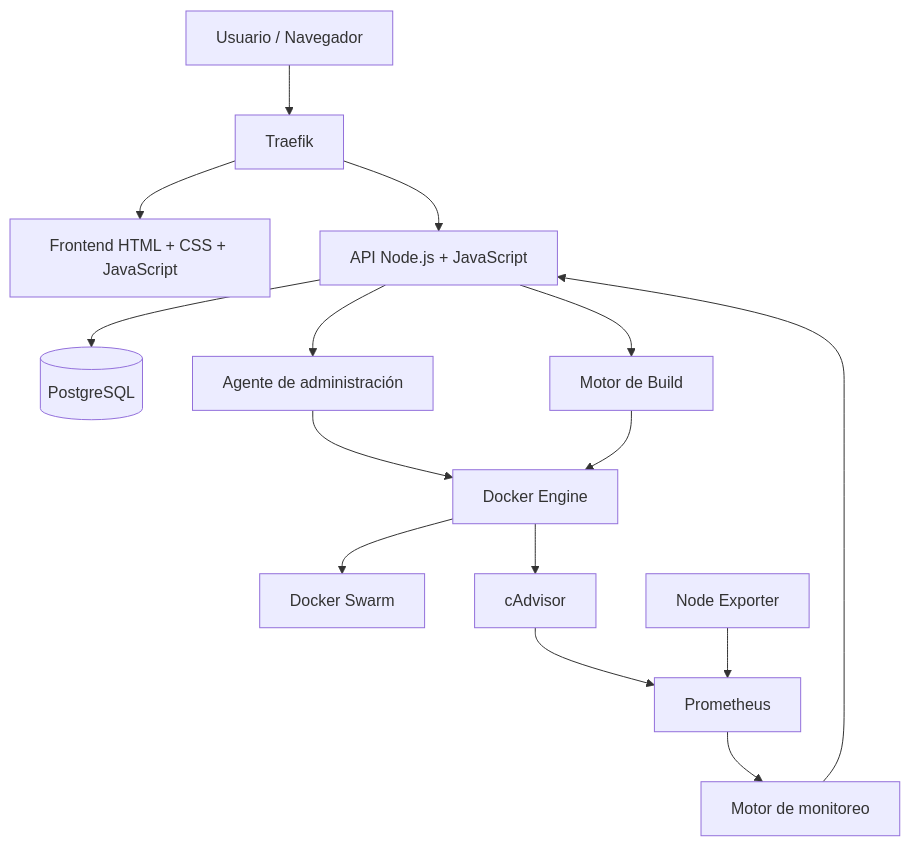
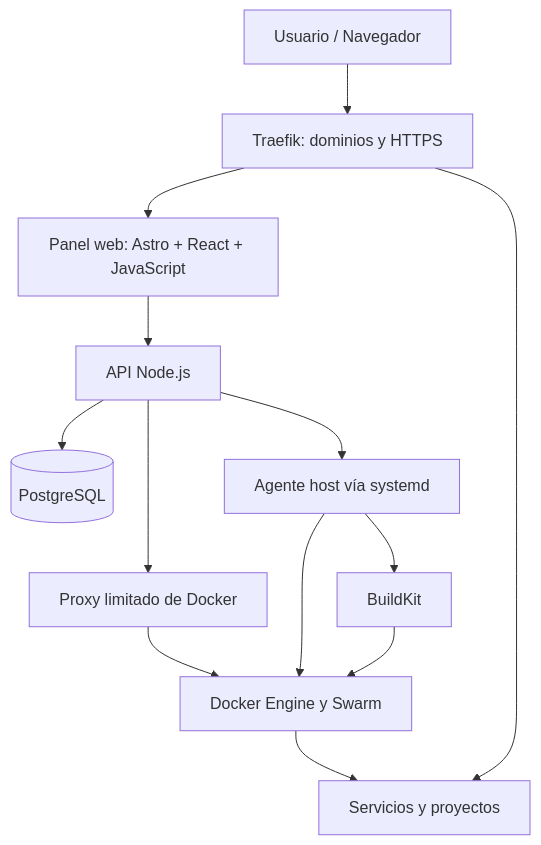
One commit to self-david/baco-vps-visor changed the diagram in readme.md. Above: the diagram before and after it, drawn with Mermaid. The commit also changed other lines of this file and 40 other files, not shown here.

````diff
--- a/readme.md
+++ b/readme.md
@@ -56,31 +131,23 @@
 ```mermaid
 flowchart TD
     U[Usuario / Navegador]
-    G[Traefik]
-    F[Frontend HTML + CSS + JavaScript]
-    A[API Node.js + JavaScript]
+    T[Traefik: dominios y HTTPS]
+    P[Panel web: Astro + React + JavaScript]
+    API[API Node.js]
     DB[(PostgreSQL)]
-    AG[Agente de administración]
-    D[Docker Engine]
-    S[Docker Swarm]
-    B[Motor de Build]
-    M[Prometheus]
-    C[cAdvisor]
-    N[Node Exporter]
-    MON[Motor de monitoreo]
+    DP[Proxy limitado de Docker]
+    DOCKER[Docker Engine y Swarm]
+    AG[Agente host vía systemd]
+    BK[BuildKit]
+    APP[Servicios y proyectos]
 
-    U --> G
-    G --> F
-    G --> A
-    A --> DB
-    A --> AG
-    AG --> D
-    D --> S
-    A --> B
-    B --> D
-    C --> M
-    N --> M
-    D --> C
-    M --> MON
-    MON --> A
+    U --> T --> P
+    P --> API
+    API --> DB
+    API --> DP --> DOCKER
+    API --> AG
+    AG --> DOCKER
+    AG --> BK --> DOCKER
+    DOCKER --> APP
+    T --> APP
 ```
````
